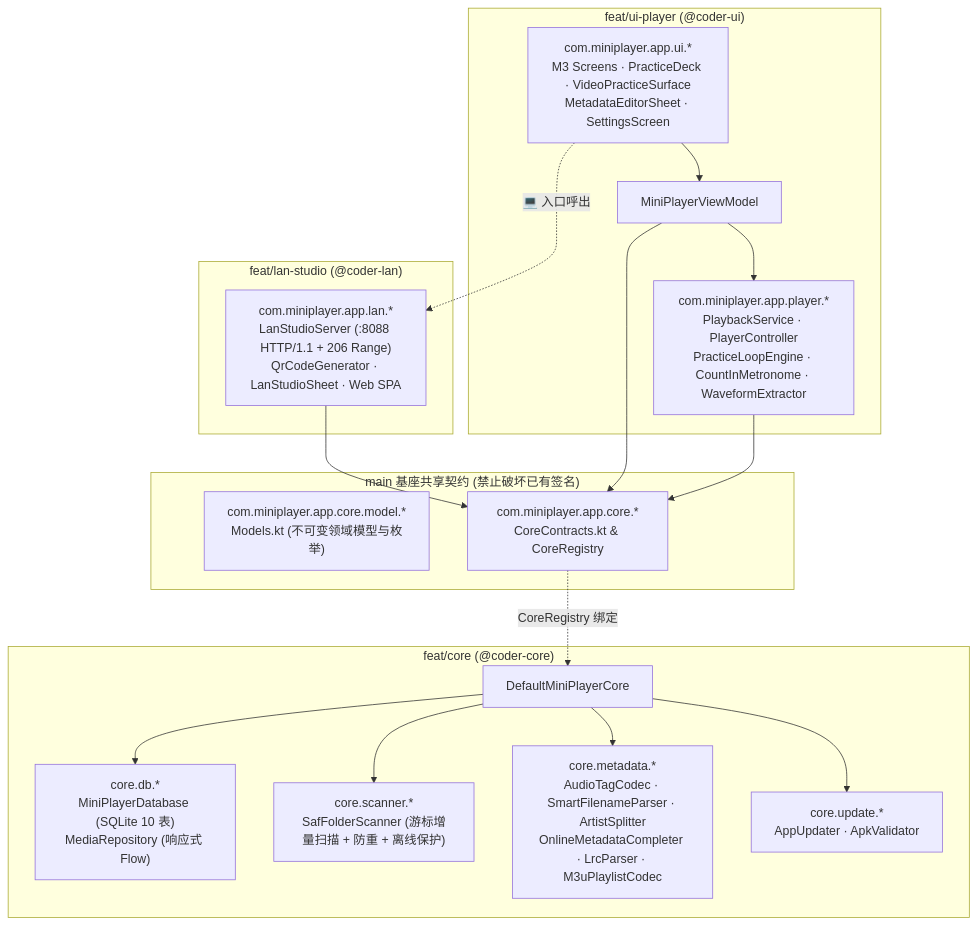
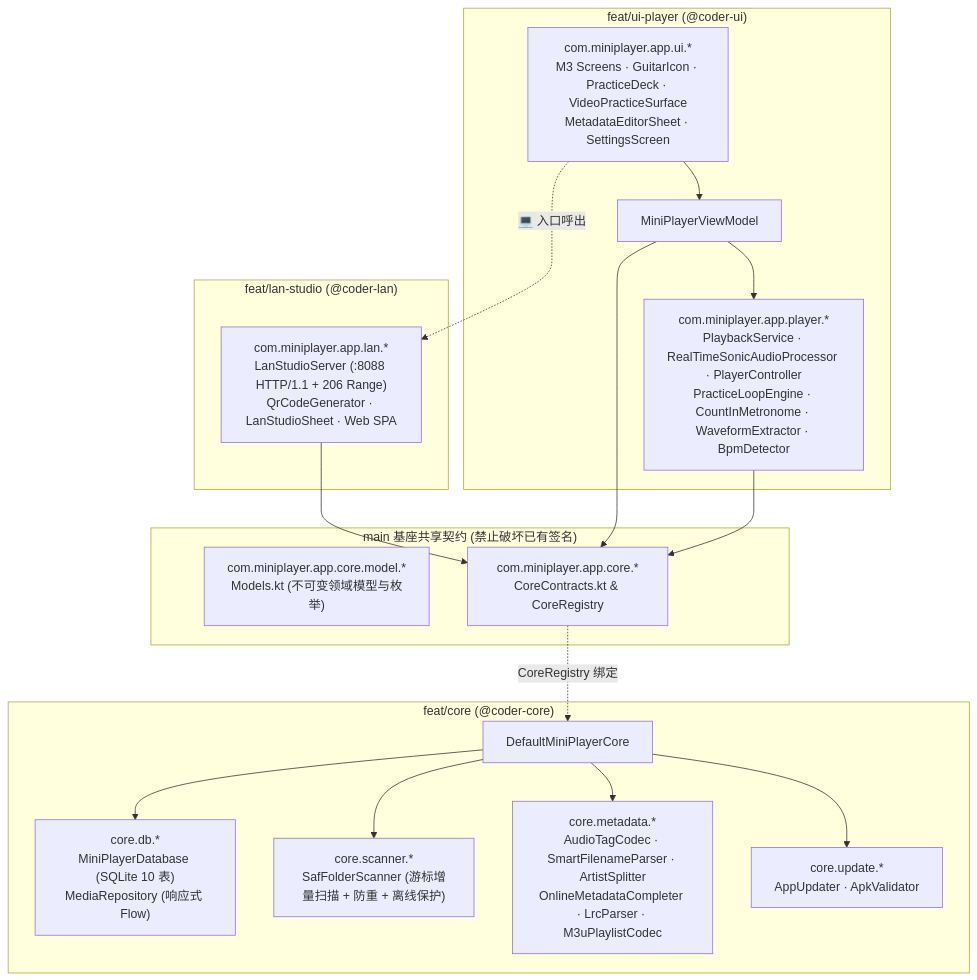
One commit to codescv/miniplayer changed the diagram in ARCHITECTURE.md. Above: the diagram before and after it, drawn with Mermaid. The commit also changed other lines of this file and 8 other files, not shown here.

Commit message:
chore(release): bump to v1.0.2 (10002), wire direct BPM state & GuitarIcon, and update docs

````diff
--- a/ARCHITECTURE.md
+++ b/ARCHITECTURE.md
@@ -13,37 +13,37 @@
 ```mermaid
 flowchart TD
     subgraph UI_Player["feat/ui-player (@coder-ui)"]
-        UI["com.miniplayer.app.ui.*\nM3 Screens · PracticeDeck · VideoPracticeSurface\nMetadataEditorSheet · SettingsScreen"]
+        UI["com.miniplayer.app.ui.*\nM3 Screens · GuitarIcon · PracticeDeck · VideoPracticeSurface\nMetadataEditorSheet · SettingsScreen"]
         VM["MiniPlayerViewModel"]
-        PL["com.miniplayer.app.player.*\nPlaybackService · PlayerController\nPracticeLoopEngine · CountInMetronome · WaveformExtractor"]
+        PL["com.miniplayer.app.player.*\nPlaybackService · RealTimeSonicAudioProcessor · PlayerController\nPracticeLoopEngine · CountInMetronome · WaveformExtractor · BpmDetector"]
     end
 
     subgraph LAN_Studio["feat/lan-studio (@coder-lan)"]
         LAN["com.miniplayer.app.lan.*\nLanStudioServer (:8088 HTTP/1.1 + 206 Range)\nQrCodeGenerator · LanStudioSheet · Web SPA"]
     end
 
     subgraph Shared["main 基座共享契约 (禁止破坏已有签名)"]
         Models["com.miniplayer.app.core.model.*\nModels.kt (不可变领域模型与枚举)"]
         Contracts["com.miniplayer.app.core.*\nCoreContracts.kt & CoreRegistry"]
     end
 
     subgraph Core_Impl["feat/core (@coder-core)"]
         Impl["DefaultMiniPlayerCore"]
         DB["core.db.*\nMiniPlayerDatabase (SQLite 10 表)\nMediaRepository (响应式 Flow)"]
         Scan["core.scanner.*\nSafFolderScanner (游标增量扫描 + 防重 + 离线保护)"]
         Meta["core.metadata.*\nAudioTagCodec · SmartFilenameParser · ArtistSplitter\nOnlineMetadataCompleter · LrcParser · M3uPlaylistCodec"]
         Upd["core.update.*\nAppUpdater · ApkValidator"]
     end
 
     UI --> VM
     UI -. "💻 入口呼出" .-> LAN
     LAN --> Contracts
     VM --> PL
     VM --> Contracts
     PL --> Contracts
     Contracts -. "CoreRegistry 绑定" .-> Impl
     Impl --> DB
     Impl --> Scan
     Impl --> Meta
     Impl --> Upd
 ```
````
